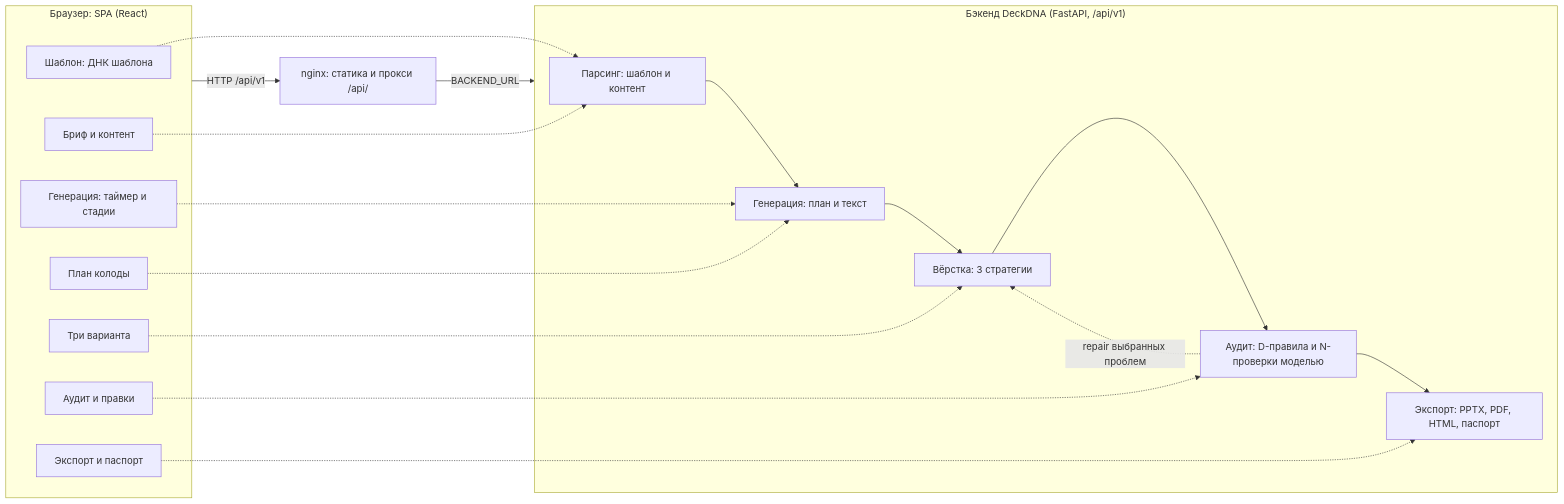
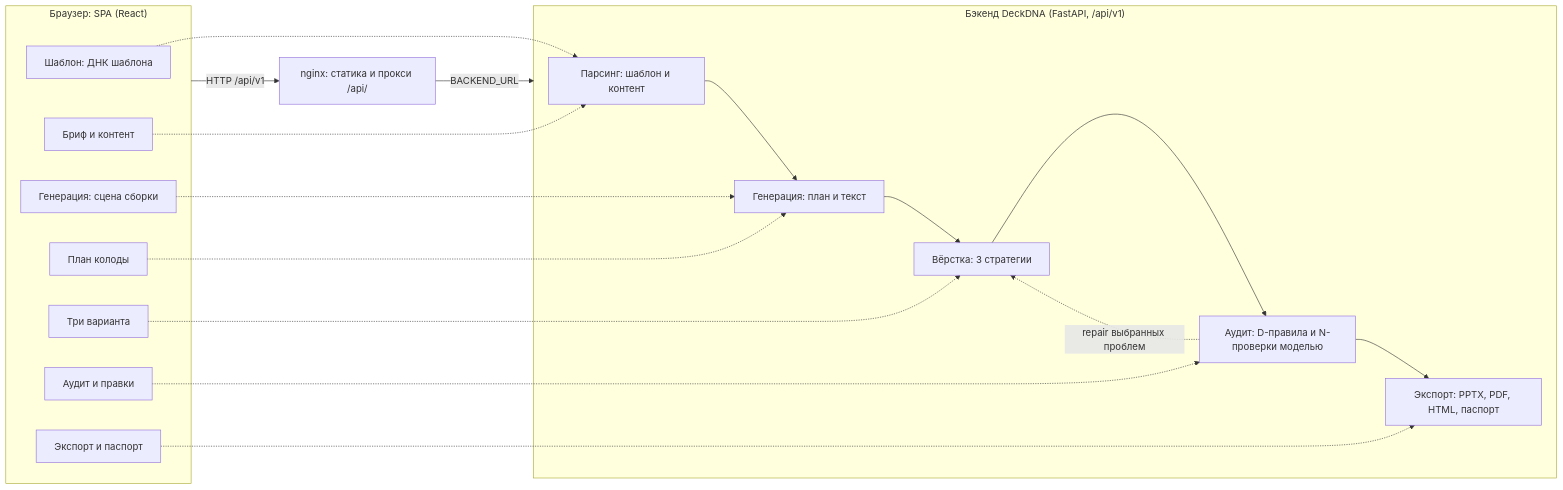
Before and after one commit to IT-AUL/frontend_lct: the diagram in ARCHITECTURE.md, drawn with Mermaid. The commit also changed other lines of this file and 26 other files, not shown here.

````diff
--- a/ARCHITECTURE.md
+++ b/ARCHITECTURE.md
@@ -16,34 +16,34 @@
 ```mermaid
 flowchart LR
   subgraph B["Браузер: SPA (React)"]
     S1["Шаблон: ДНК шаблона"]
     S2["Бриф и контент"]
-    S3["Генерация: таймер и стадии"]
+    S3["Генерация: сцена сборки"]
     S4["План колоды"]
     S5["Три варианта"]
     S6["Аудит и правки"]
     S7["Экспорт и паспорт"]
   end
 
   N["nginx: статика и прокси /api/"]
 
   subgraph API["Бэкенд DeckDNA (FastAPI, /api/v1)"]
     L1["Парсинг: шаблон и контент"]
     L2["Генерация: план и текст"]
     L3["Вёрстка: 3 стратегии"]
     L4["Аудит: D-правила и N-проверки моделью"]
     L5["Экспорт: PPTX, PDF, HTML, паспорт"]
     L1 --> L2 --> L3 --> L4 --> L5
     L4 -.->|"repair выбранных проблем"| L3
   end
 
   B -->|"HTTP /api/v1"| N -->|"BACKEND_URL"| API
 
   S1 -.-> L1
   S2 -.-> L1
   S3 -.-> L2
   S4 -.-> L2
   S5 -.-> L3
   S6 -.-> L4
   S7 -.-> L5
 ```
````
